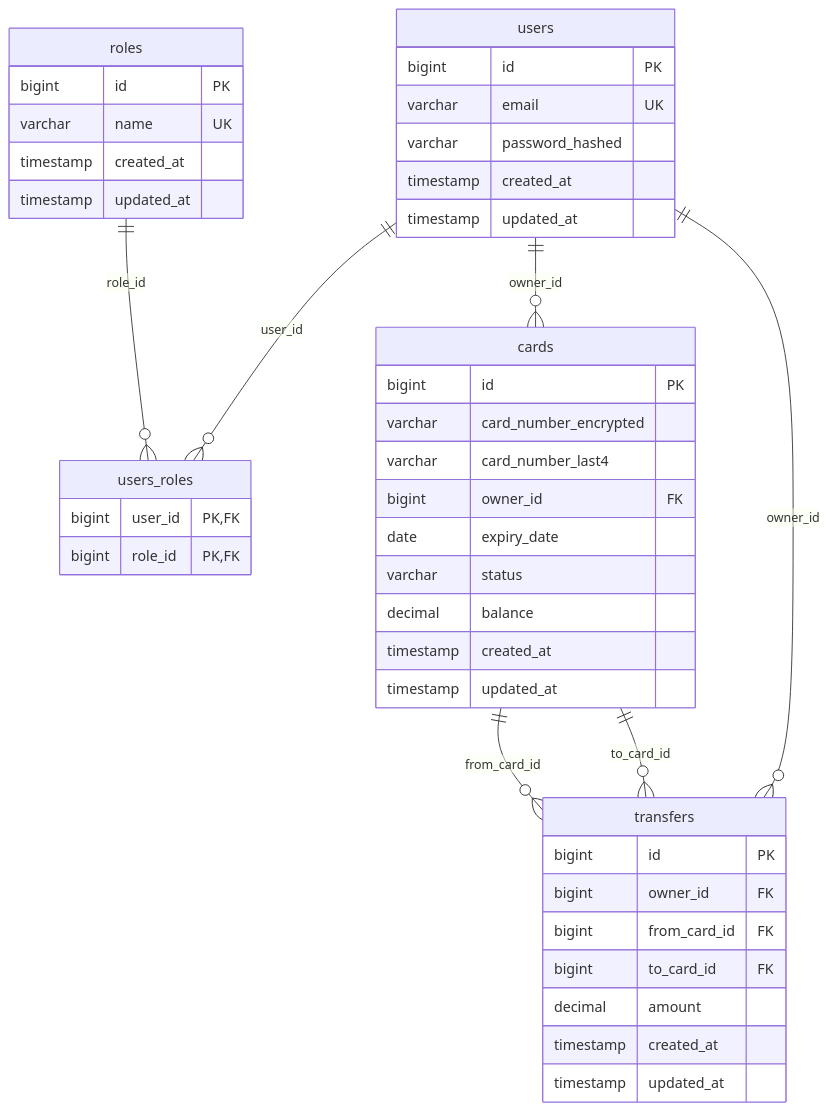
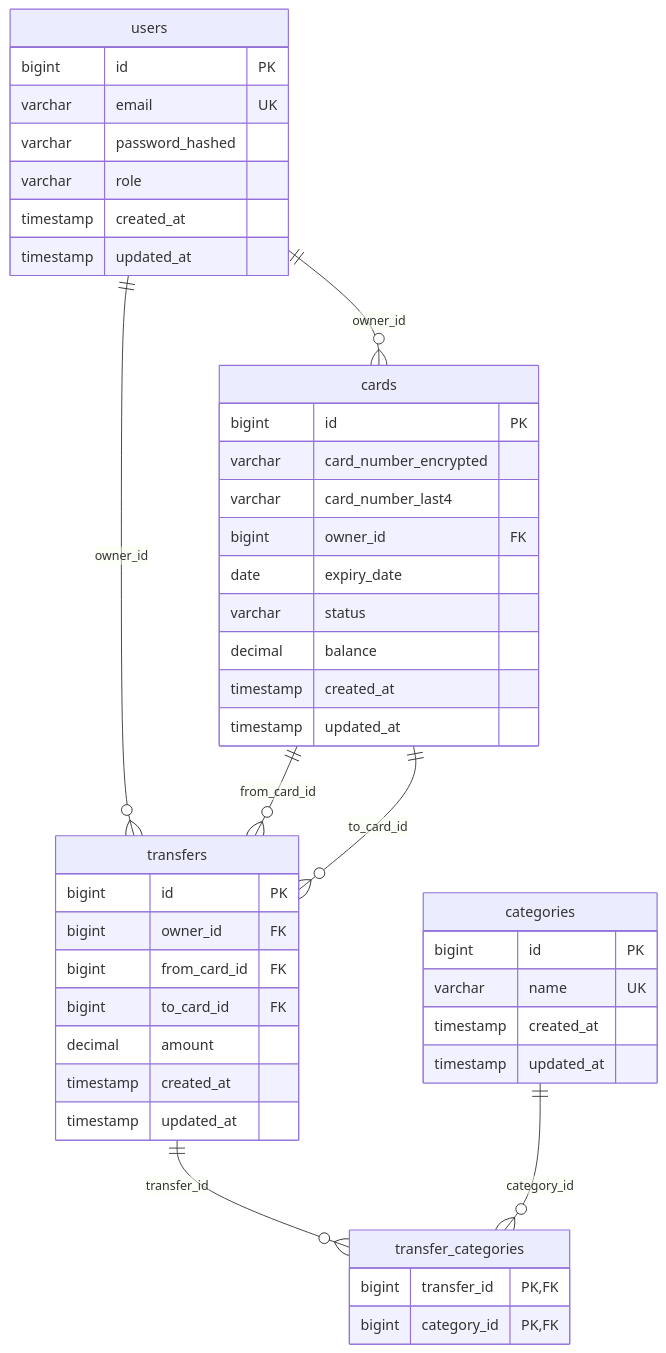
One commit to vgnapuga/effective-mobile_bankCards_test changed the diagram in README.md. Above: the diagram before and after it, drawn with Mermaid. The commit also changed other lines of this file, not shown here.

````diff
--- a/README.md
+++ b/README.md
@@ -18,51 +18,52 @@
 ```mermaid
 erDiagram
     users {
         bigint id PK
         varchar email UK
         varchar password_hashed
+        varchar role
         timestamp created_at
         timestamp updated_at
     }
     
-    roles {
+    categories {
         bigint id PK
         varchar name UK
         timestamp created_at
         timestamp updated_at
-    }
-    
-    users_roles {
-        bigint user_id PK,FK
-        bigint role_id PK,FK
     }
     
     cards {
         bigint id PK
         varchar card_number_encrypted
         varchar card_number_last4
         bigint owner_id FK
         date expiry_date
         varchar status
         decimal balance
         timestamp created_at
         timestamp updated_at
     }
     
     transfers {
         bigint id PK
         bigint owner_id FK
         bigint from_card_id FK
         bigint to_card_id FK
         decimal amount
         timestamp created_at
         timestamp updated_at
     }
+    
+    transfer_categories {
+        bigint transfer_id PK,FK
+        bigint category_id PK,FK
+    }
 
-    users ||--o{ users_roles : "user_id"
-    roles ||--o{ users_roles : "role_id"
     users ||--o{ cards : "owner_id"
     users ||--o{ transfers : "owner_id"
     cards ||--o{ transfers : "from_card_id"
     cards ||--o{ transfers : "to_card_id"
+    transfers ||--o{ transfer_categories : "transfer_id"
+    categories ||--o{ transfer_categories : "category_id"
 ```
````
